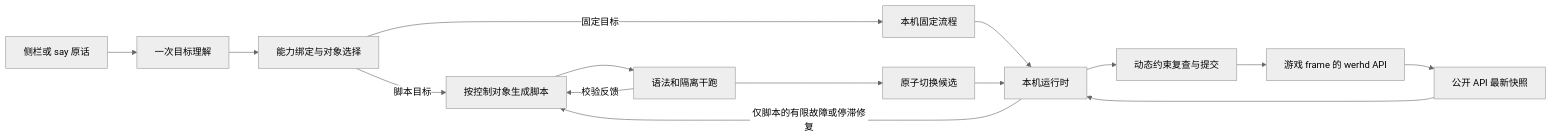
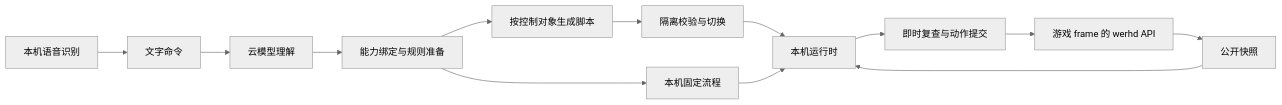
The diagram in doc/architecture/overview.md (nanwangjkl/ra2commander), drawn with Mermaid (neutral theme) before and after one commit. The commit also changed other lines of this file and 60 other files, not shown here.

````diff
--- a/doc/architecture/overview.md
+++ b/doc/architecture/overview.md
@@ -25,17 +5,15 @@
 ```mermaid
 flowchart LR
-    A[侧栏或 say 原话] --> B[一次目标理解]
-    B --> C[能力绑定与对象选择]
-    C -->|脚本目标| D[按控制对象生成脚本]
-    C -->|固定目标| N[本机固定流程]
-    N --> G
-    D --> E[语法和隔离干跑]
-    E --> F[原子切换候选]
-    F --> G[本机运行时]
-    H[公开 API 最新快照] --> G
-    G --> I[动态约束复查与提交]
-    I --> J[游戏 frame 的 werhd API]
-    J --> H
-    E -->|校验反馈| D
-    G -->|仅脚本的有限故障或停滞修复| D
+    V[本机语音识别] --> T[文字命令]
+    T --> U[云模型理解]
+    U --> B[能力绑定与规则准备]
+    B --> N[本机固定流程]
+    B --> C[按控制对象生成脚本]
+    C --> Q[隔离校验与切换]
+    Q --> R[本机运行时]
+    N --> R
+    S[公开快照] --> R
+    R --> A[即时复查与动作提交]
+    A --> G[游戏 frame 的 werhd API]
+    G --> S
 ```
````
